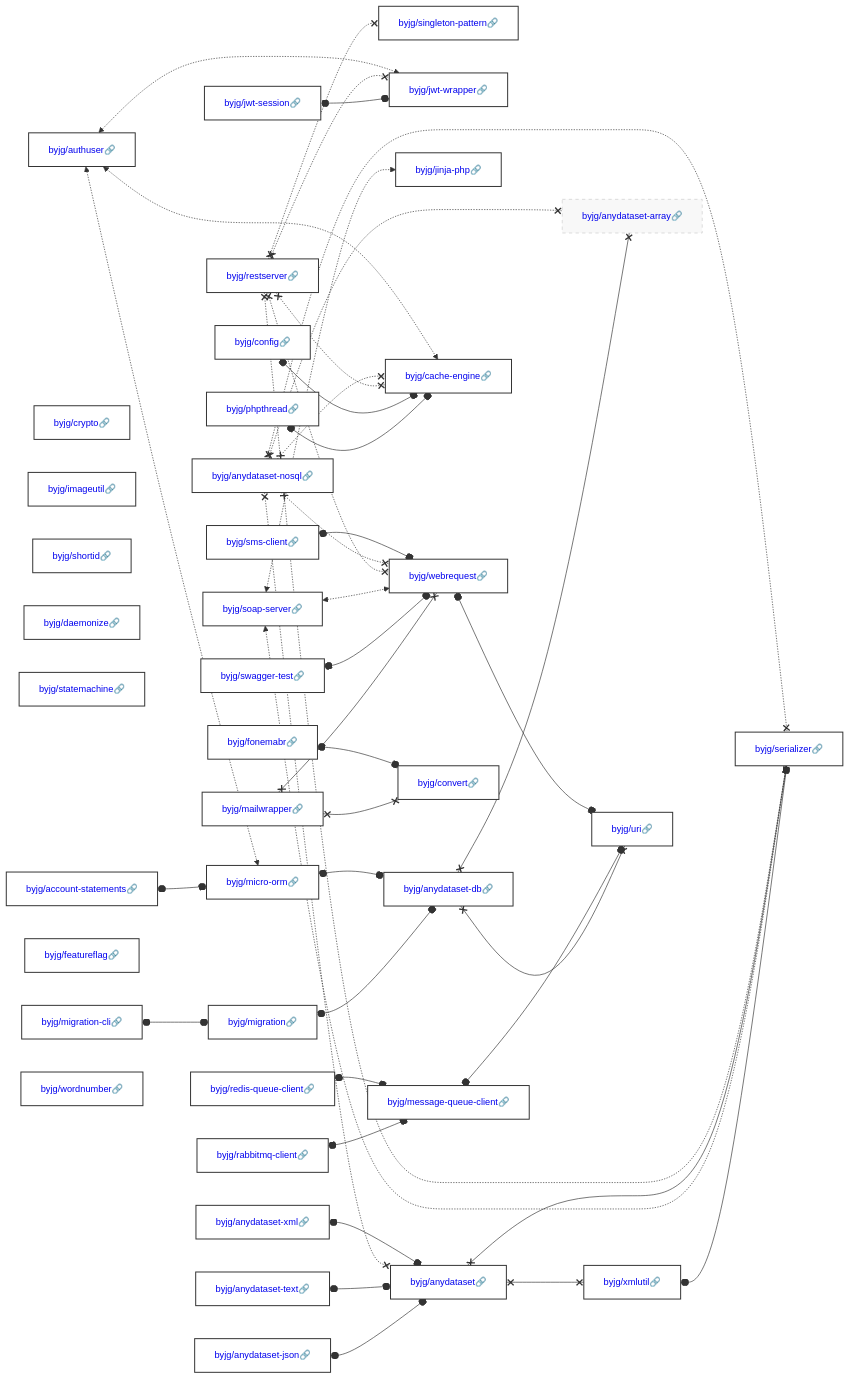
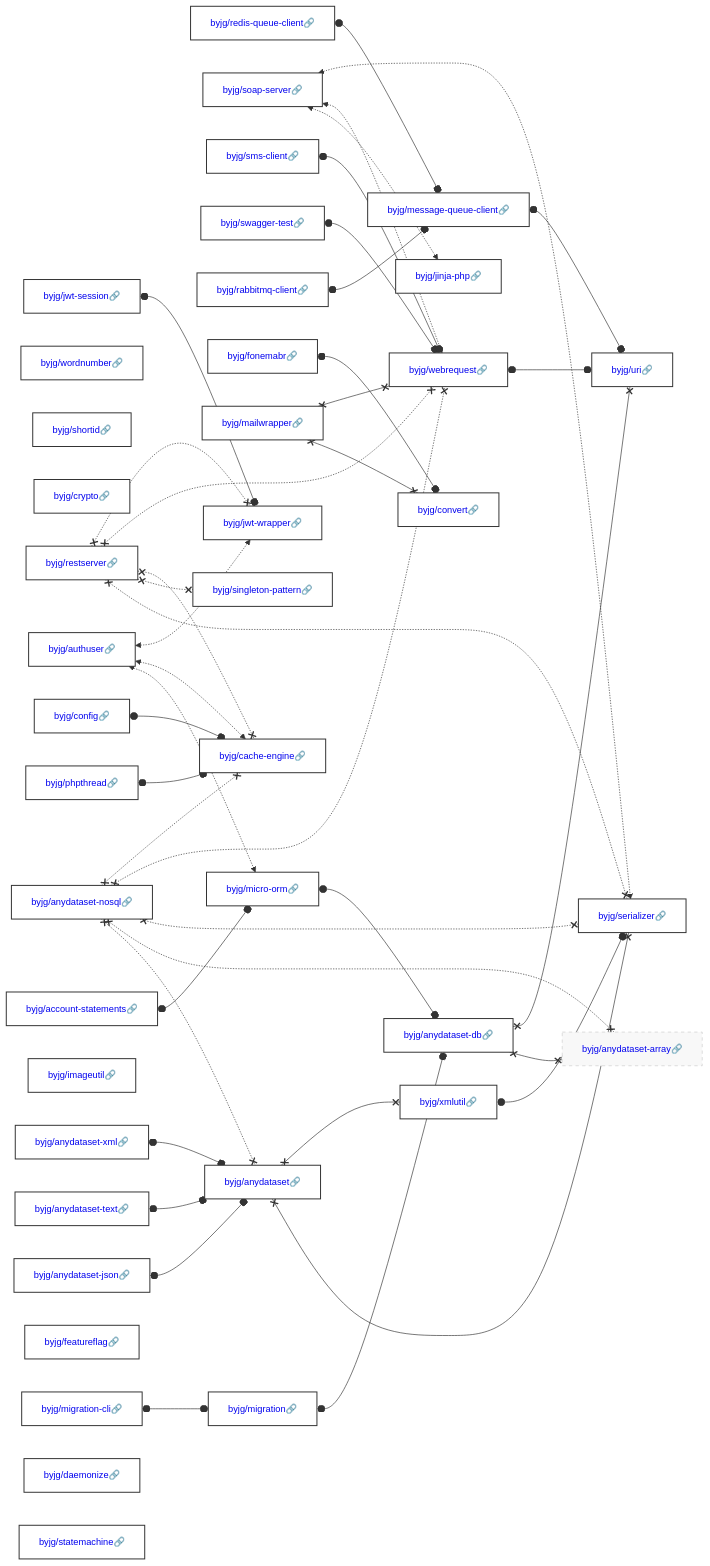
The diagram in docs/php/README.md (byjg/byjg.github.io), drawn with Mermaid before and after one commit. The commit also changed other lines of this file and 5 other files, not shown here.

Commit message:
Update documentation 'php' 'php-shortid'

````diff
--- a/docs/php/README.md
+++ b/docs/php/README.md
@@ -3,45 +3,45 @@
 ```mermaid
 graph LR;
-  byjg/account-statements[<a href='https://opensource.byjg.com/docs/php/account-statements' style='text-decoration:none'>byjg/account-statements🔗</a>];
+  byjg/jwt-session[<a href='https://opensource.byjg.com/docs/php/jwt-session' style='text-decoration:none'>byjg/jwt-session🔗</a>];
+  byjg/redis-queue-client[<a href='https://opensource.byjg.com/docs/php/redis-queue-client' style='text-decoration:none'>byjg/redis-queue-client🔗</a>];
+  byjg/wordnumber[<a href='https://opensource.byjg.com/docs/php/wordnumber' style='text-decoration:none'>byjg/wordnumber🔗</a>];
+  byjg/soap-server[<a href='https://opensource.byjg.com/docs/php/soap-server' style='text-decoration:none'>byjg/soap-server🔗</a>];
+  byjg/shortid[<a href='https://opensource.byjg.com/docs/php/shortid' style='text-decoration:none'>byjg/shortid🔗</a>];
+  byjg/crypto[<a href='https://opensource.byjg.com/docs/php/crypto' style='text-decoration:none'>byjg/crypto🔗</a>];
   byjg/anydataset-json[<a href='https://opensource.byjg.com/docs/php/anydataset-json' style='text-decoration:none'>byjg/anydataset-json🔗</a>];
-  byjg/crypto[<a href='https://opensource.byjg.com/docs/php/crypto' style='text-decoration:none'>byjg/crypto🔗</a>];
+  byjg/anydataset-text[<a href='https://opensource.byjg.com/docs/php/anydataset-text' style='text-decoration:none'>byjg/anydataset-text🔗</a>];
+  byjg/authuser[<a href='https://opensource.byjg.com/docs/php/authuser' style='text-decoration:none'>byjg/authuser🔗</a>];
+  byjg/migration-cli[<a href='https://opensource.byjg.com/docs/php/migration-cli' style='text-decoration:none'>byjg/migration-cli🔗</a>];
+  byjg/sms-client[<a href='https://opensource.byjg.com/docs/php/sms-client' style='text-decoration:none'>byjg/sms-client🔗</a>];
+  byjg/anydataset-xml[<a href='https://opensource.byjg.com/docs/php/anydataset-xml' style='text-decoration:none'>byjg/anydataset-xml🔗</a>];
+  byjg/config[<a href='https://opensource.byjg.com/docs/php/config' style='text-decoration:none'>byjg/config🔗</a>];
   byjg/imageutil[<a href='https://opensource.byjg.com/docs/php/imageutil' style='text-decoration:none'>byjg/imageutil🔗</a>];
-  byjg/shortid[<a href='https://opensource.byjg.com/docs/php/shortid' style='text-decoration:none'>byjg/shortid🔗</a>];
-  byjg/sms-client[<a href='https://opensource.byjg.com/docs/php/sms-client' style='text-decoration:none'>byjg/sms-client🔗</a>];
+  byjg/restserver[<a href='https://opensource.byjg.com/docs/php/restserver' style='text-decoration:none'>byjg/restserver🔗</a>];
+  byjg/anydataset-nosql[<a href='https://opensource.byjg.com/docs/php/anydataset-nosql' style='text-decoration:none'>byjg/anydataset-nosql🔗</a>];
   byjg/swagger-test[<a href='https://opensource.byjg.com/docs/php/swagger-test' style='text-decoration:none'>byjg/swagger-test🔗</a>];
   byjg/phpthread[<a href='https://opensource.byjg.com/docs/php/phpthread' style='text-decoration:none'>byjg/phpthread🔗</a>];
+  byjg/rabbitmq-client[<a href='https://opensource.byjg.com/docs/php/rabbitmq-client' style='text-decoration:none'>byjg/rabbitmq-client🔗</a>];
+  byjg/featureflag[<a href='https://opensource.byjg.com/docs/php/featureflag' style='text-decoration:none'>byjg/featureflag🔗</a>];
+  byjg/account-statements[<a href='https://opensource.byjg.com/docs/php/account-statements' style='text-decoration:none'>byjg/account-statements🔗</a>];
+  byjg/fonemabr[<a href='https://opensource.byjg.com/docs/php/fonemabr' style='text-decoration:none'>byjg/fonemabr🔗</a>];
   byjg/daemonize[<a href='https://opensource.byjg.com/docs/php/daemonize' style='text-decoration:none'>byjg/daemonize🔗</a>];
+  byjg/statemachine[<a href='https://opensource.byjg.com/docs/php/statemachine' style='text-decoration:none'>byjg/statemachine🔗</a>];
   byjg/mailwrapper[<a href='https://opensource.byjg.com/docs/php/mailwrapper' style='text-decoration:none'>byjg/mailwrapper🔗</a>];
-  byjg/rabbitmq-client[<a href='https://opensource.byjg.com/docs/php/rabbitmq-client' style='text-decoration:none'>byjg/rabbitmq-client🔗</a>];
-  byjg/restserver[<a href='https://opensource.byjg.com/docs/php/restserver' style='text-decoration:none'>byjg/restserver🔗</a>];
-  byjg/statemachine[<a href='https://opensource.byjg.com/docs/php/statemachine' style='text-decoration:none'>byjg/statemachine🔗</a>];
-  byjg/migration-cli[<a href='https://opensource.byjg.com/docs/php/migration-cli' style='text-decoration:none'>byjg/migration-cli🔗</a>];
-  byjg/featureflag[<a href='https://opensource.byjg.com/docs/php/featureflag' style='text-decoration:none'>byjg/featureflag🔗</a>];
-  byjg/config[<a href='https://opensource.byjg.com/docs/php/config' style='text-decoration:none'>byjg/config🔗</a>];
-  byjg/anydataset-xml[<a href='https://opensource.byjg.com/docs/php/anydataset-xml' style='text-decoration:none'>byjg/anydataset-xml🔗</a>];
-  byjg/authuser[<a href='https://opensource.byjg.com/docs/php/authuser' style='text-decoration:none'>byjg/authuser🔗</a>];
-  byjg/jwt-session[<a href='https://opensource.byjg.com/docs/php/jwt-session' style='text-decoration:none'>byjg/jwt-session🔗</a>];
-  byjg/redis-queue-client[<a href='https://opensource.byjg.com/docs/php/redis-queue-client' style='text-decoration:none'>byjg/redis-queue-client🔗</a>];
-  byjg/soap-server[<a href='https://opensource.byjg.com/docs/php/soap-server' style='text-decoration:none'>byjg/soap-server🔗</a>];
-  byjg/anydataset-nosql[<a href='https://opensource.byjg.com/docs/php/anydataset-nosql' style='text-decoration:none'>byjg/anydataset-nosql🔗</a>];
-  byjg/anydataset-text[<a href='https://opensource.byjg.com/docs/php/anydataset-text' style='text-decoration:none'>byjg/anydataset-text🔗</a>];
-  byjg/fonemabr[<a href='https://opensource.byjg.com/docs/php/fonemabr' style='text-decoration:none'>byjg/fonemabr🔗</a>];
-  byjg/wordnumber[<a href='https://opensource.byjg.com/docs/php/wordnumber' style='text-decoration:none'>byjg/wordnumber🔗</a>];
+  byjg/jinja-php[<a href='https://opensource.byjg.com/docs/php/jinja-php' style='text-decoration:none'>byjg/jinja-php🔗</a>];
+  byjg/migration[<a href='https://opensource.byjg.com/docs/php/migration' style='text-decoration:none'>byjg/migration🔗</a>];
   byjg/singleton-pattern[<a href='https://opensource.byjg.com/docs/php/singleton-pattern' style='text-decoration:none'>byjg/singleton-pattern🔗</a>];
-  byjg/migration[<a href='https://opensource.byjg.com/docs/php/migration' style='text-decoration:none'>byjg/migration🔗</a>];
+  byjg/jwt-wrapper[<a href='https://opensource.byjg.com/docs/php/jwt-wrapper' style='text-decoration:none'>byjg/jwt-wrapper🔗</a>];
+  byjg/anydataset[<a href='https://opensource.byjg.com/docs/php/anydataset' style='text-decoration:none'>byjg/anydataset🔗</a>];
+  byjg/cache-engine[<a href='https://opensource.byjg.com/docs/php/cache-engine' style='text-decoration:none'>byjg/cache-engine🔗</a>];
+  byjg/message-queue-client[<a href='https://opensource.byjg.com/docs/php/message-queue-client' style='text-decoration:none'>byjg/message-queue-client🔗</a>];
   byjg/micro-orm[<a href='https://opensource.byjg.com/docs/php/micro-orm' style='text-decoration:none'>byjg/micro-orm🔗</a>];
-  byjg/jwt-wrapper[<a href='https://opensource.byjg.com/docs/php/jwt-wrapper' style='text-decoration:none'>byjg/jwt-wrapper🔗</a>];
-  byjg/message-queue-client[<a href='https://opensource.byjg.com/docs/php/message-queue-client' style='text-decoration:none'>byjg/message-queue-client🔗</a>];
-  byjg/jinja-php[<a href='https://opensource.byjg.com/docs/php/jinja-php' style='text-decoration:none'>byjg/jinja-php🔗</a>];
+  byjg/convert[<a href='https://opensource.byjg.com/docs/php/convert' style='text-decoration:none'>byjg/convert🔗</a>];
   byjg/webrequest[<a href='https://opensource.byjg.com/docs/php/webrequest' style='text-decoration:none'>byjg/webrequest🔗</a>];
-  byjg/cache-engine[<a href='https://opensource.byjg.com/docs/php/cache-engine' style='text-decoration:none'>byjg/cache-engine🔗</a>];
-  byjg/anydataset[<a href='https://opensource.byjg.com/docs/php/anydataset' style='text-decoration:none'>byjg/anydataset🔗</a>];
-  byjg/convert[<a href='https://opensource.byjg.com/docs/php/convert' style='text-decoration:none'>byjg/convert🔗</a>];
+  byjg/xmlutil[<a href='https://opensource.byjg.com/docs/php/xmlutil' style='text-decoration:none'>byjg/xmlutil🔗</a>];
   byjg/anydataset-db[<a href='https://opensource.byjg.com/docs/php/anydataset-db' style='text-decoration:none'>byjg/anydataset-db🔗</a>];
-  byjg/xmlutil[<a href='https://opensource.byjg.com/docs/php/xmlutil' style='text-decoration:none'>byjg/xmlutil🔗</a>];
+  byjg/serializer[<a href='https://opensource.byjg.com/docs/php/serializer' style='text-decoration:none'>byjg/serializer🔗</a>];
   byjg/anydataset-array[<a href='https://opensource.byjg.com/docs/php/anydataset-array' style='text-decoration:none'>byjg/anydataset-array🔗</a>];
   byjg/uri[<a href='https://opensource.byjg.com/docs/php/uri' style='text-decoration:none'>byjg/uri🔗</a>];
-  byjg/serializer[<a href='https://opensource.byjg.com/docs/php/serializer' style='text-decoration:none'>byjg/serializer🔗</a>];
   byjg/mailwrapper x--x byjg/convert;
   byjg/mailwrapper x--x byjg/webrequest;
   byjg/xmlutil o--o byjg/serializer;
````
